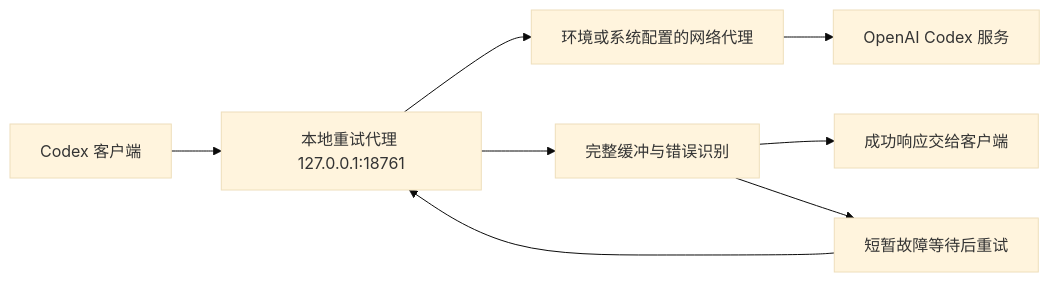
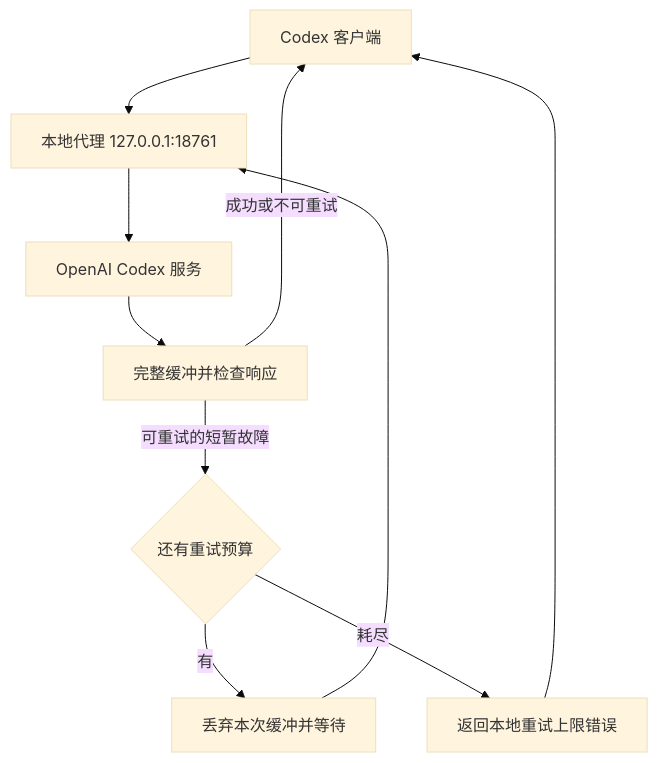
Before and after one commit to shenmuegit/codex-transient-retry: the diagram in README.md, drawn with Mermaid (base theme). The commit also changed other lines of this file, not shown here.

````diff
--- a/README.md
+++ b/README.md
@@ -11,10 +96,12 @@
 ```mermaid
-flowchart LR
-    A[Codex 客户端] --> B[本地重试代理 127.0.0.1:18761]
-    B --> C[环境或系统配置的网络代理]
-    C --> D[OpenAI Codex 服务]
-    B --> E[完整缓冲与错误识别]
-    E --> F[成功响应交给客户端]
-    E --> G[短暂故障等待后重试]
-    G --> B
+flowchart TD
+    C[Codex 客户端] --> P[本地代理 127.0.0.1:18761]
+    P --> U[OpenAI Codex 服务]
+    U --> B[完整缓冲并检查响应]
+    B -->|成功或不可重试| C
+    B -->|可重试的短暂故障| R{还有重试预算}
+    R -->|有| W[丢弃本次缓冲并等待]
+    W --> P
+    R -->|耗尽| E[返回本地重试上限错误]
+    E --> C
 ```
````
